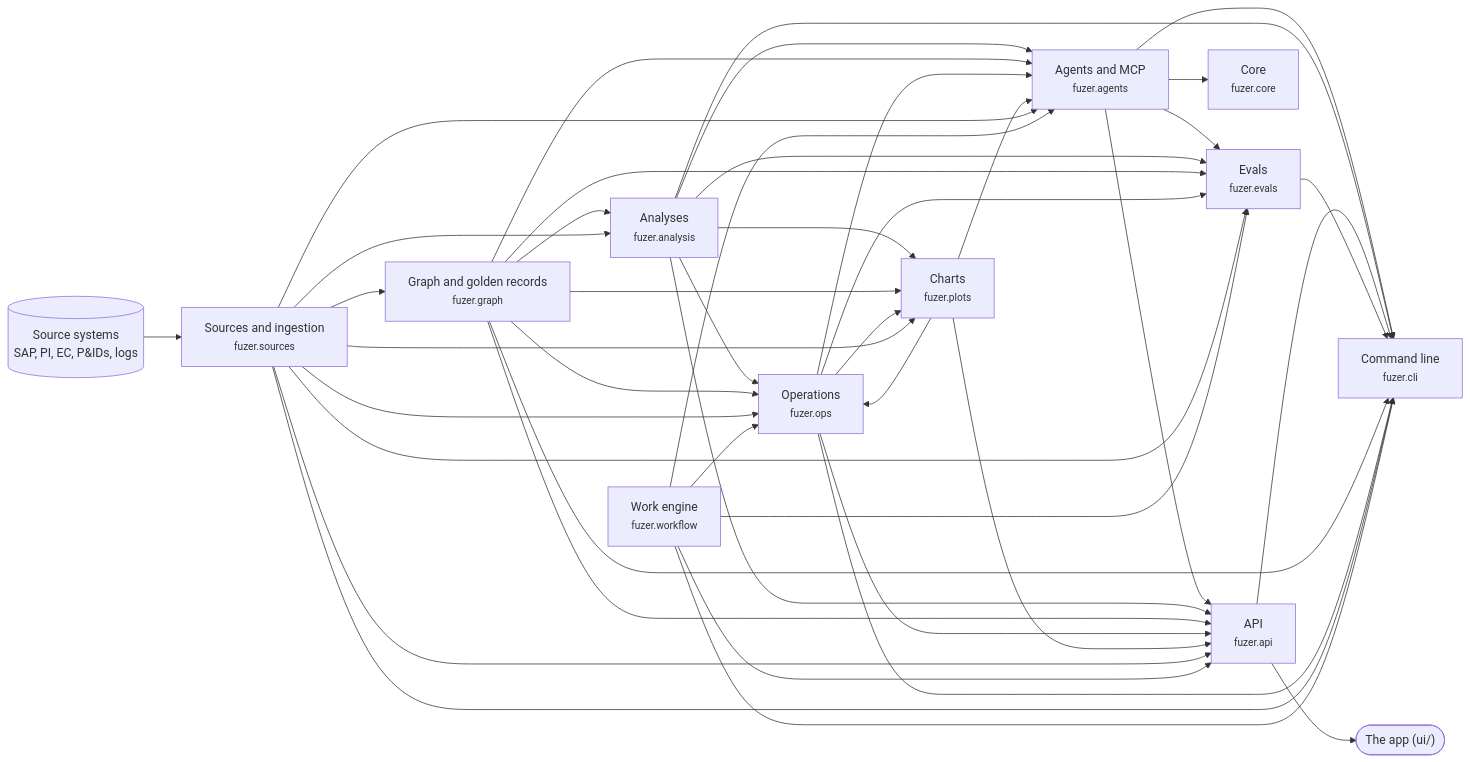
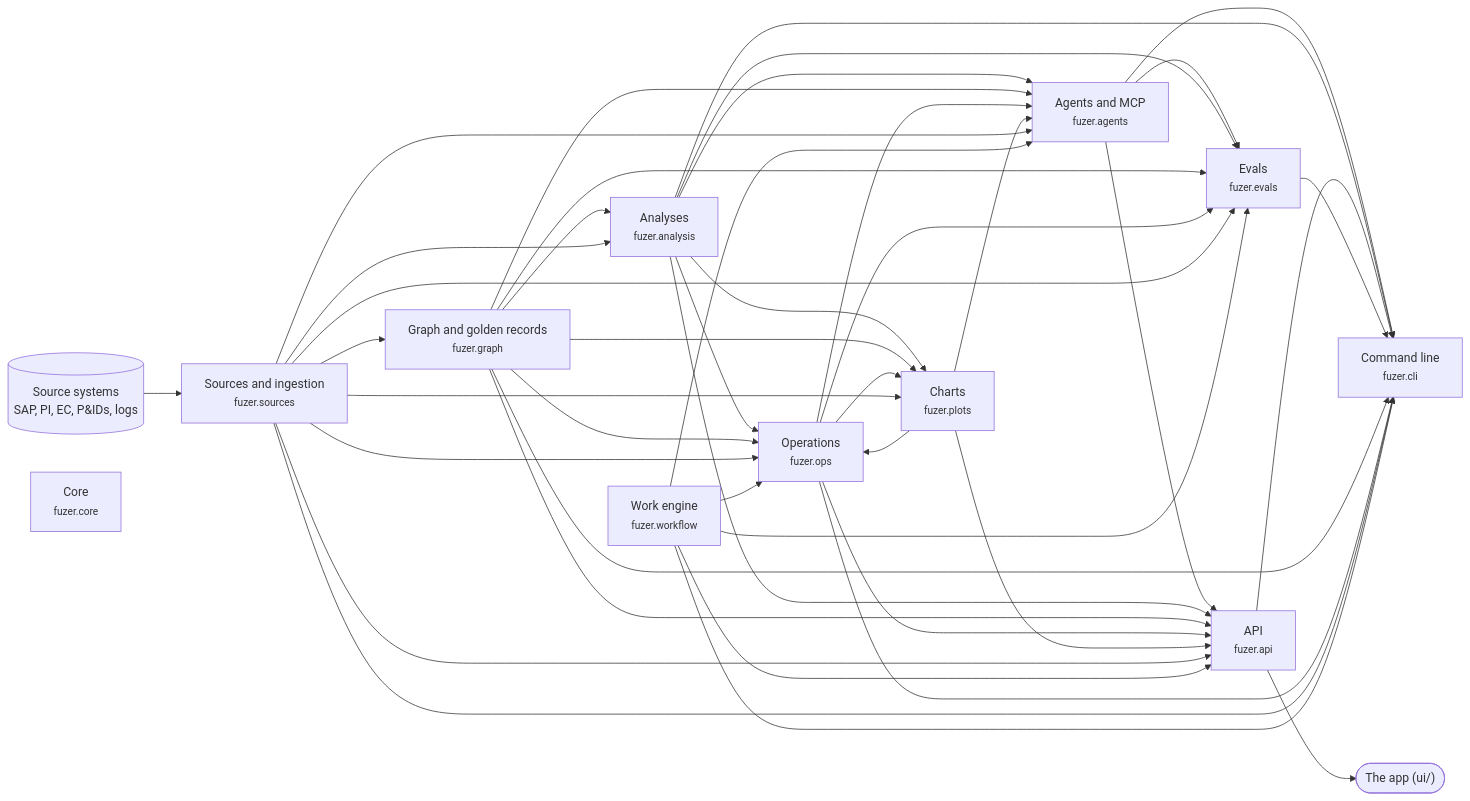
The first of 3 diagrams in docs/architecture.md (areed145/fuzer), drawn with Mermaid before and after one commit. The commit also changed other lines of this file and 5 other files, not shown here.

````diff
--- a/docs/architecture.md
+++ b/docs/architecture.md
@@ -8,68 +8,67 @@
 ```mermaid
 flowchart LR
   systems[("Source systems<br>SAP, PI, EC, P&IDs, logs")] --> c_sources
   app(["The app (ui/)"])
   c_api --> app
   c_sources["Sources and ingestion<br><small>fuzer.sources</small>"]
   c_graph["Graph and golden records<br><small>fuzer.graph</small>"]
   c_analysis["Analyses<br><small>fuzer.analysis</small>"]
   c_ops["Operations<br><small>fuzer.ops</small>"]
   c_plots["Charts<br><small>fuzer.plots</small>"]
   c_workflow["Work engine<br><small>fuzer.workflow</small>"]
   c_agents["Agents and MCP<br><small>fuzer.agents</small>"]
   c_evals["Evals<br><small>fuzer.evals</small>"]
   c_api["API<br><small>fuzer.api</small>"]
   c_cli["Command line<br><small>fuzer.cli</small>"]
   c_core["Core<br><small>fuzer.core</small>"]
   c_sources --> c_graph
   c_graph --> c_analysis
   c_sources --> c_analysis
   c_analysis --> c_ops
   c_graph --> c_ops
   c_plots --> c_ops
   c_sources --> c_ops
   c_workflow --> c_ops
   c_analysis --> c_plots
   c_graph --> c_plots
   c_ops --> c_plots
   c_sources --> c_plots
   c_analysis --> c_agents
   c_graph --> c_agents
   c_ops --> c_agents
   c_plots --> c_agents
   c_sources --> c_agents
   c_workflow --> c_agents
   c_agents --> c_evals
   c_analysis --> c_evals
   c_graph --> c_evals
   c_ops --> c_evals
   c_sources --> c_evals
   c_workflow --> c_evals
   c_agents --> c_api
   c_analysis --> c_api
   c_graph --> c_api
   c_ops --> c_api
   c_plots --> c_api
   c_sources --> c_api
   c_workflow --> c_api
   c_agents --> c_cli
   c_analysis --> c_cli
   c_api --> c_cli
   c_evals --> c_cli
   c_graph --> c_cli
   c_ops --> c_cli
   c_sources --> c_cli
   c_workflow --> c_cli
-  c_agents --> c_core
   click c_sources "https://github.com/areed145/fuzer/tree/main/src/fuzer/sources"
   click c_graph "https://github.com/areed145/fuzer/tree/main/src/fuzer/graph"
   click c_analysis "https://github.com/areed145/fuzer/tree/main/src/fuzer/analysis"
   click c_ops "https://github.com/areed145/fuzer/tree/main/src/fuzer/ops"
   click c_plots "https://github.com/areed145/fuzer/tree/main/src/fuzer/plots"
   click c_workflow "https://github.com/areed145/fuzer/tree/main/src/fuzer/workflow"
   click c_agents "https://github.com/areed145/fuzer/tree/main/src/fuzer/agents"
   click c_evals "https://github.com/areed145/fuzer/tree/main/src/fuzer/evals"
   click c_api "https://github.com/areed145/fuzer/tree/main/src/fuzer/api"
   click c_cli "https://github.com/areed145/fuzer/tree/main/src/fuzer/cli"
   click c_core "https://github.com/areed145/fuzer/tree/main/src/fuzer/core"
 ```
````
